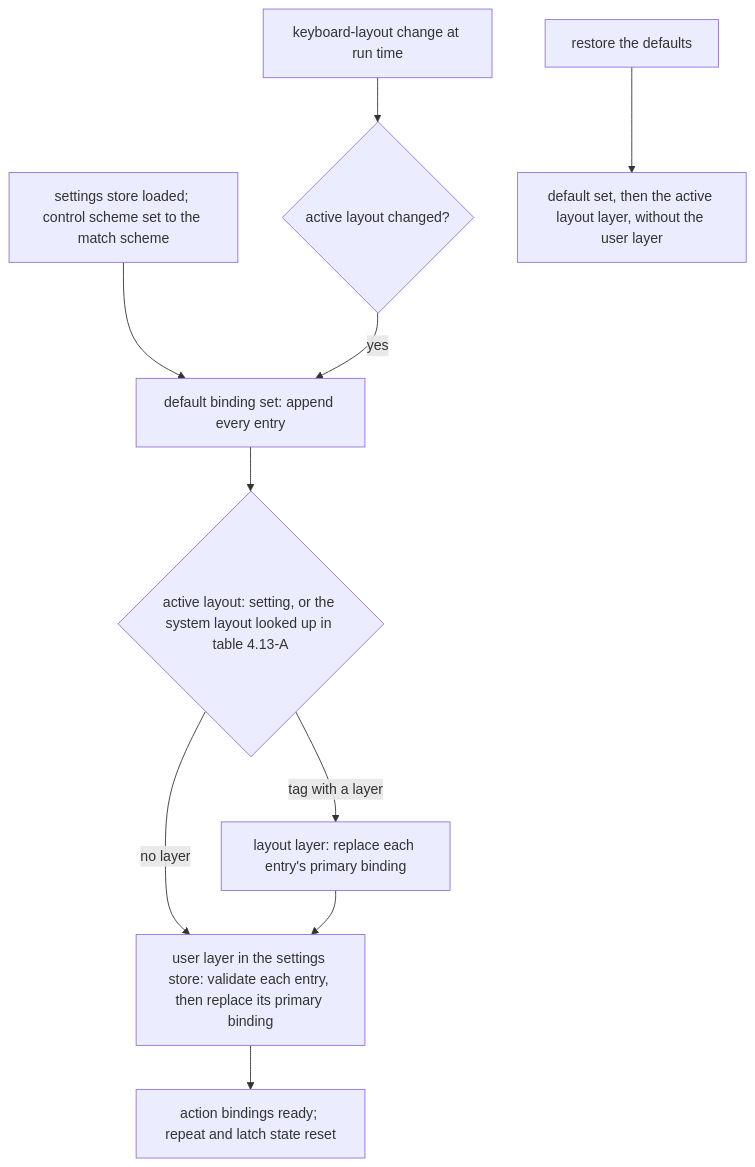
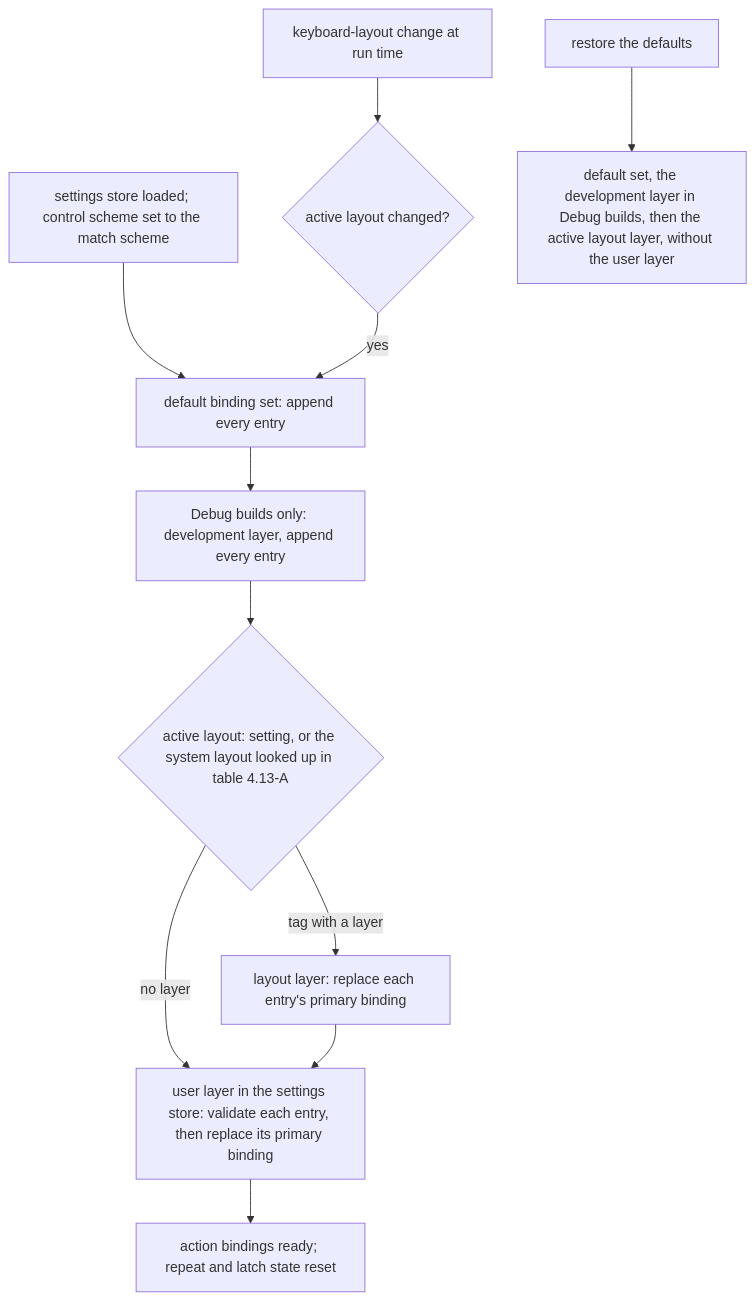
Before and after one commit to Zwaliebaba/Species.AI: the first of 2 diagrams in design_next/architecture/components/input/binding_layers_and_rebinding.md, drawn with Mermaid. The commit also changed other lines of this file and 44 other files, not shown here.

````diff
--- a/design_next/architecture/components/input/binding_layers_and_rebinding.md
+++ b/design_next/architecture/components/input/binding_layers_and_rebinding.md
@@ -60,12 +60,13 @@
 ```mermaid
 flowchart TD
   ST["settings store loaded; control scheme set to the match scheme"] --> D["default binding set: append every entry"]
-  D --> T{"active layout: setting, or the system layout looked up in table 4.13-A"}
+  D --> DV["Debug builds only: development layer, append every entry"]
+  DV --> T{"active layout: setting, or the system layout looked up in table 4.13-A"}
   T -- "tag with a layer" --> LL["layout layer: replace each entry's primary binding"]
   T -- "no layer" --> U
   LL --> U["user layer in the settings store: validate each entry, then replace its primary binding"]
   U --> R["action bindings ready; repeat and latch state reset"]
   CH["keyboard-layout change at run time"] --> T2{"active layout changed?"}
   T2 -- yes --> D
-  RD["restore the defaults"] --> D2["default set, then the active layout layer, without the user layer"]
+  RD["restore the defaults"] --> D2["default set, the development layer in Debug builds, then the active layout layer, without the user layer"]
 ```
````
